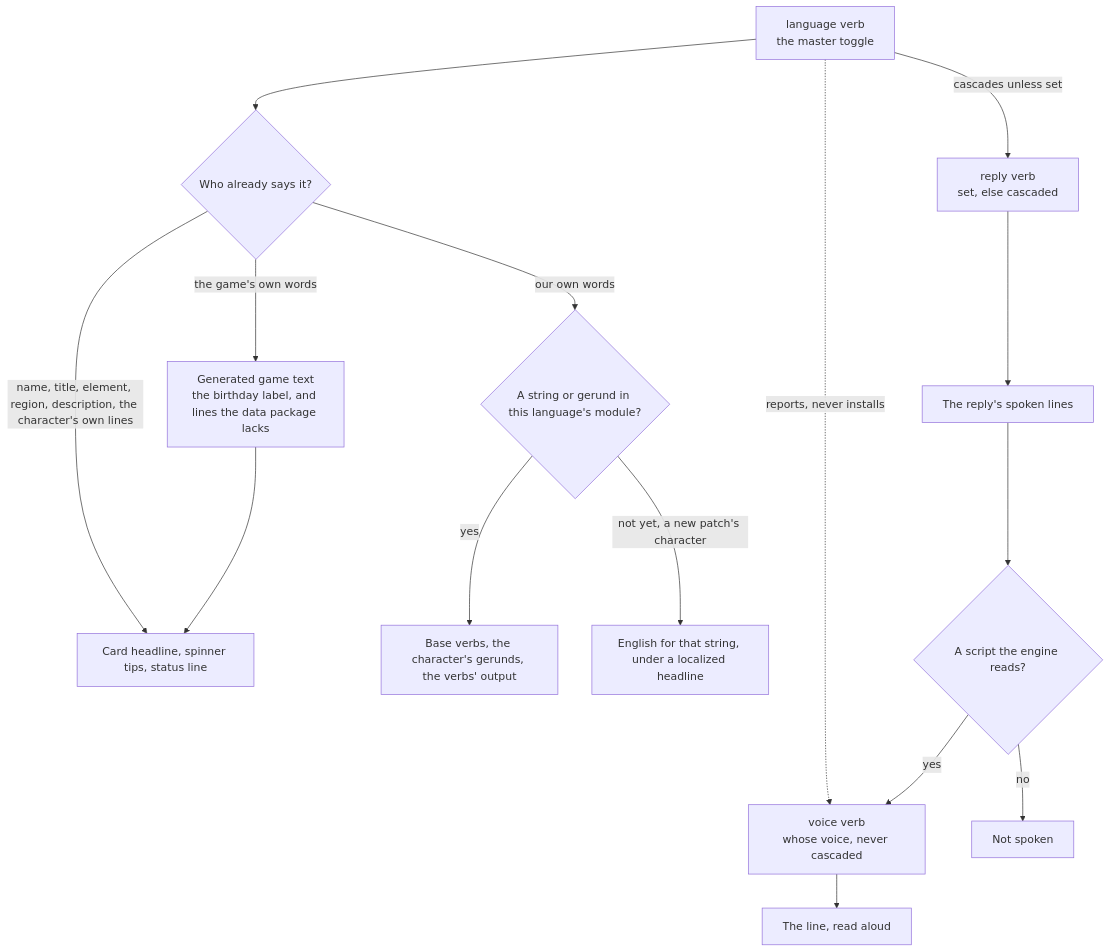
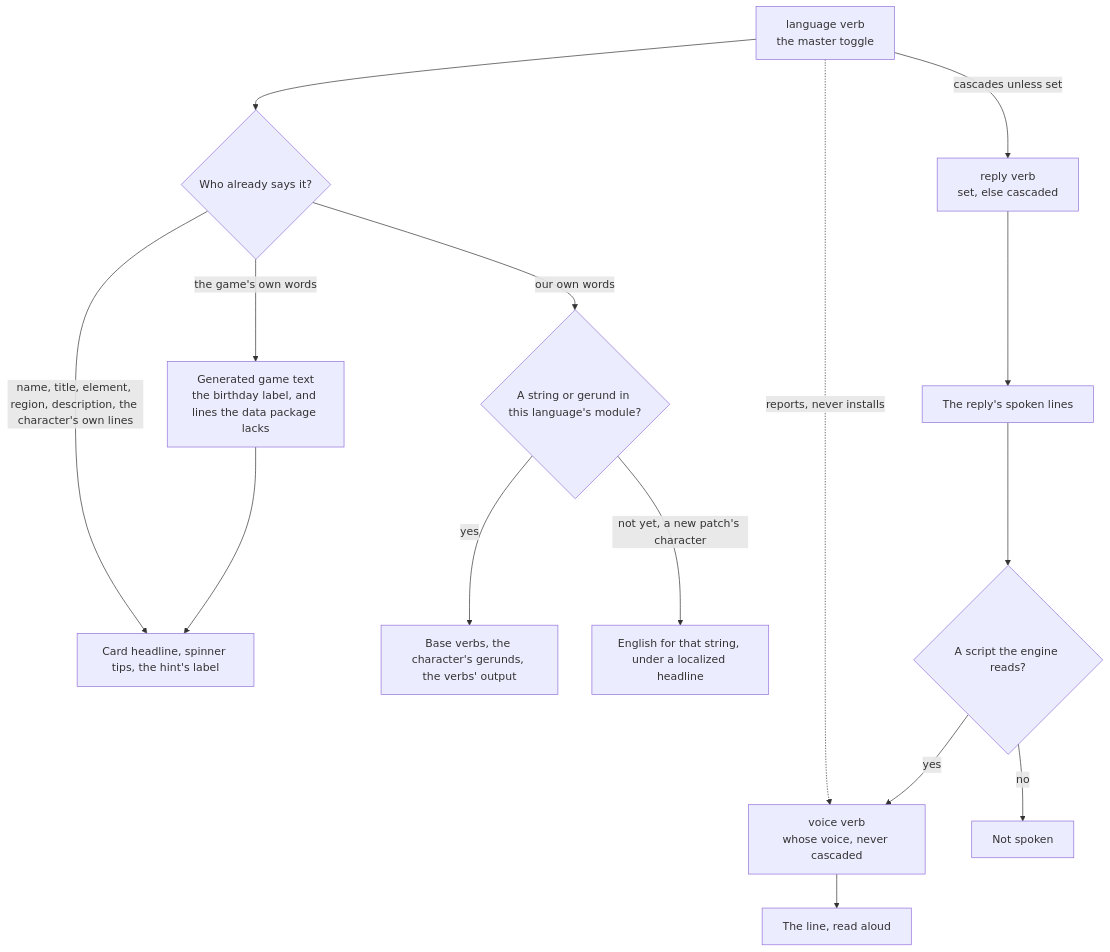
The fifth of 6 diagrams in apps/web/content/docs/infra/claude-interface/persona-plugin.md (Esposter/Esposter), drawn with Mermaid before and after one commit. The commit also changed other lines of this file and 20 other files, not shown here.

````diff
--- a/apps/web/content/docs/infra/claude-interface/persona-plugin.md
+++ b/apps/web/content/docs/infra/claude-interface/persona-plugin.md
@@ -211,21 +211,21 @@
 ```mermaid
 flowchart TD
     Language["language verb<br/>the master toggle"]
     Reply["reply verb<br/>set, else cascaded"]
     Dub["voice verb<br/>whose voice, never cascaded"]
 
     Language -->|cascades unless set| Reply
     Language -.->|reports, never installs| Dub
     Language --> Data{"Who already says it?"}
-    Data -- "name, title, element, region, description, the character's own lines" --> Free["Card headline, spinner tips, status line"]
+    Data -- "name, title, element, region, description, the character's own lines" --> Free["Card headline, spinner tips, the hint's label"]
     Data -- "the game's own words" --> Game["Generated game text<br/>the birthday label, and lines the data package lacks"]
     Game --> Free
     Data -- "our own words" --> Module{"A string or gerund in this language's module?"}
     Module -- yes --> Ours["Base verbs, the character's gerunds, the verbs' output"]
     Module -- "not yet, a new patch's character" --> Fallback["English for that string, under a localized headline"]
     Reply --> Prose["The reply's spoken lines"]
     Prose --> Script{"A script the engine reads?"}
     Script -- no --> Silent["Not spoken"]
     Script -- yes --> Dub
     Dub --> Speech["The line, read aloud"]
 ```
````
